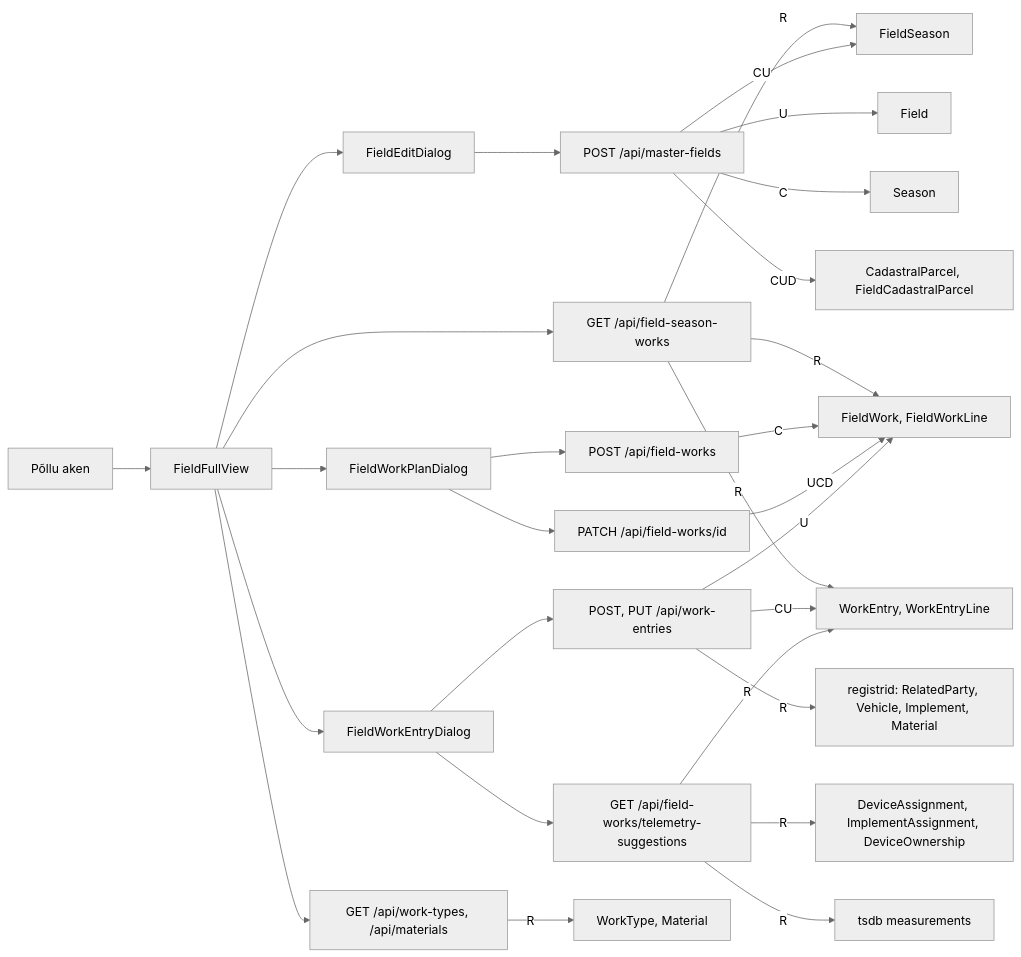
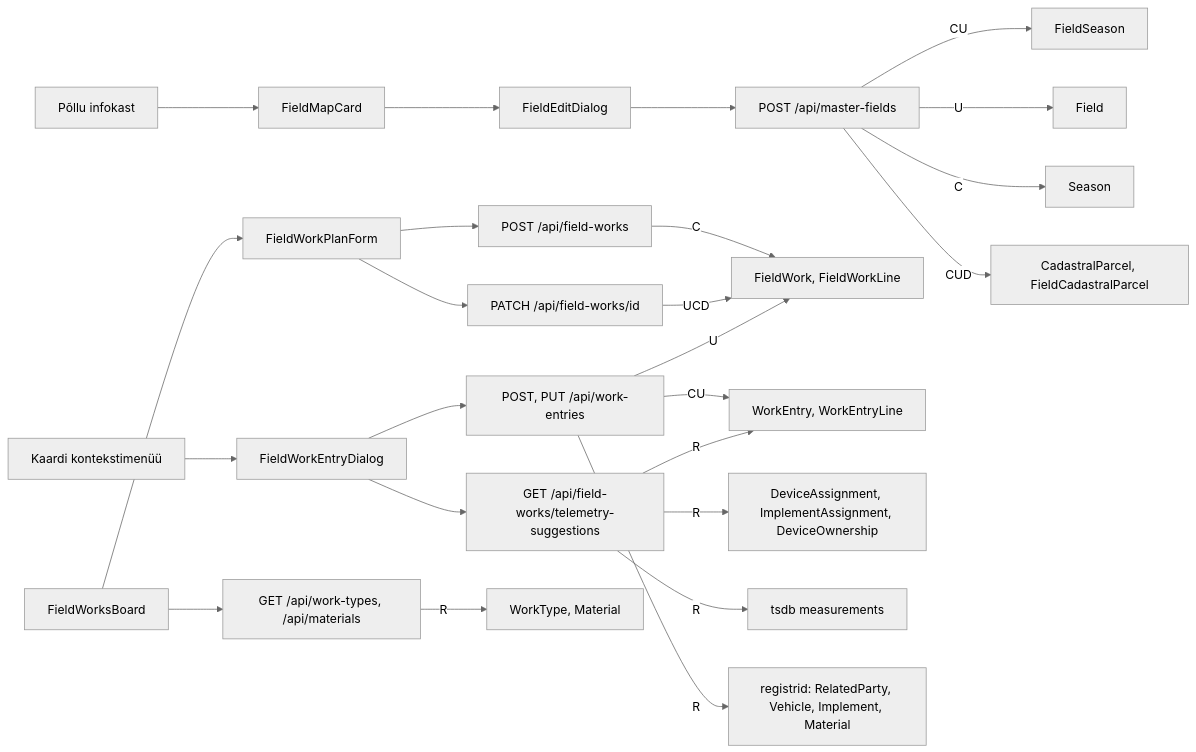
Before and after one commit to andres-janno/teris: the second of 13 diagrams in docs/vaated-ja-andmed.md, drawn with Mermaid (neutral theme). The commit also changed other lines of this file and 11 other files, not shown here.

Commit message:
refactor(pollud): põllu täisvaade eemaldatud; kaardil väike infokast; põldude/külvikorra vaates põllu kuju nupp

````diff
--- a/docs/vaated-ja-andmed.md
+++ b/docs/vaated-ja-andmed.md
@@ -102,30 +102,26 @@
 ```mermaid
 flowchart LR
-  V["Põllu aken"] --> FFV["FieldFullView"]
-  FFV --> FED["FieldEditDialog"]
-  FFV --> FWP["FieldWorkPlanDialog"]
-  FFV --> FWE["FieldWorkEntryDialog"]
-  FFV --> A1["GET /api/field-season-works"]
+  V["Põllu infokast"] --> FMC["FieldMapCard"]
+  FMC --> FED["FieldEditDialog"]
+  FME["Kaardi kontekstimenüü"] --> FWE["FieldWorkEntryDialog"]
+  FWB["FieldWorksBoard"] --> FWP["FieldWorkPlanForm"]
   FED --> A2["POST /api/master-fields"]
   FWP --> A3["POST /api/field-works"]
   FWP --> A4["PATCH /api/field-works/id"]
   FWE --> A5["POST, PUT /api/work-entries"]
   FWE --> A6["GET /api/field-works/telemetry-suggestions"]
-  FFV --> A7["GET /api/work-types, /api/materials"]
-  A1 -->|R| T1["FieldSeason"]
-  A1 -->|R| T2["FieldWork, FieldWorkLine"]
-  A1 -->|R| T3["WorkEntry, WorkEntryLine"]
-  A2 -->|CU| T1
+  FWB --> A7["GET /api/work-types, /api/materials"]
+  A2 -->|CU| T1["FieldSeason"]
   A2 -->|U| T4["Field"]
   A2 -->|C| T5["Season"]
   A2 -->|CUD| T6["CadastralParcel, FieldCadastralParcel"]
-  A3 -->|C| T2
+  A3 -->|C| T2["FieldWork, FieldWorkLine"]
   A4 -->|UCD| T2
-  A5 -->|CU| T3
+  A5 -->|CU| T3["WorkEntry, WorkEntryLine"]
   A5 -->|U| T2
   A6 -->|R| T7["DeviceAssignment, ImplementAssignment, DeviceOwnership"]
   A6 -->|R| TS["tsdb measurements"]
   A6 -->|R| T3
   A7 -->|R| T8["WorkType, Material"]
   A5 -->|R| REG["registrid: RelatedParty, Vehicle, Implement, Material"]
 ```
````
